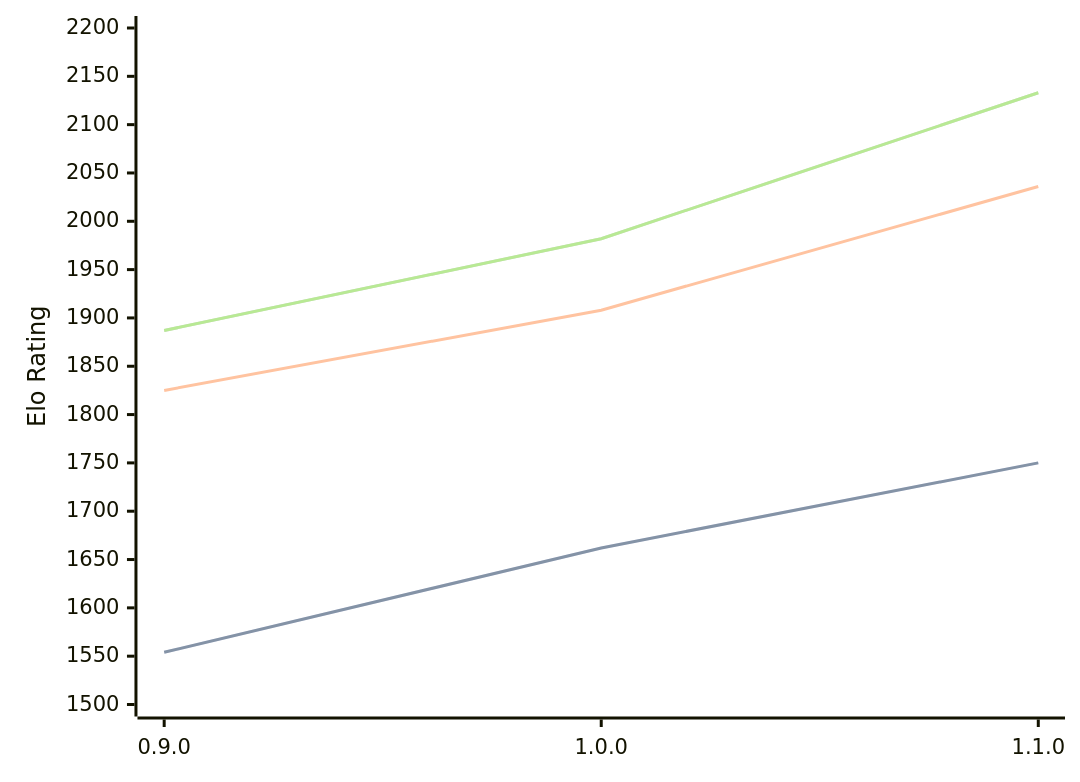
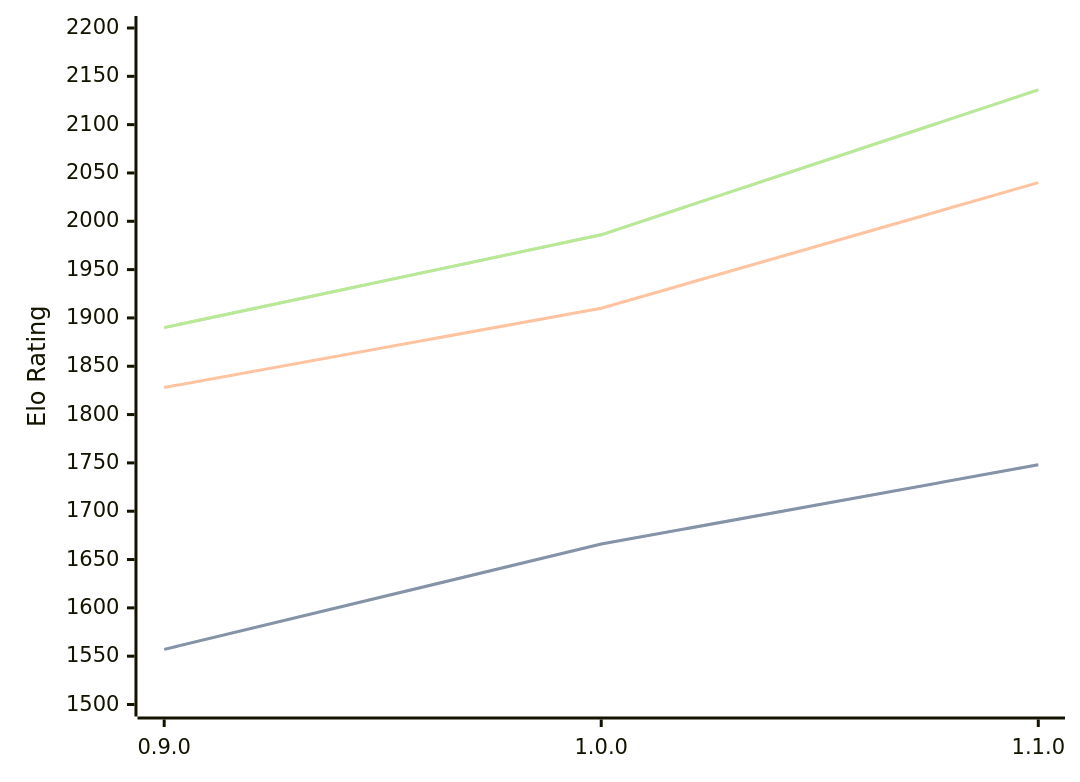
Before and after one commit to computer-chess-index/cci: the diagram in engines/Ratsu.md, drawn with Mermaid. The commit also changed other lines of this file, not shown here.

Commit message:
Update CCI Ratings (ELO VLTC) - 2026-04-30

````diff
--- a/engines/Ratsu.md
+++ b/engines/Ratsu.md
@@ -33,11 +33,11 @@
 ```mermaid
 %%{init: {"theme":"base","themeVariables":{"seriesColors:['#a3a3a3','#222221','#faa371']}}}%%
 xychart-beta
   x-axis ["0.9.0", "1.0.0", "1.1.0"]
   y-axis "Elo Rating" 1500 --> 2200
-  line "STC (8.0+0.08s)" [1554, 1662, 1750]
-  line "STC (8.0+0.08s)" [1554, 1662, 1750]
-  line "LTC (60.0+0.60s)" [1825, 1908, 2036]
-  line "VLTC (2m24s+1.12s)" [1887, 1982, 2133]
-  line "VLTC (2m24s+1.12s)" [1887, 1982, 2133]
+  line "STC (8.0+0.08s)" [1557, 1666, 1748]
+  line "STC (8.0+0.08s)" [1557, 1666, 1748]
+  line "LTC (60.0+0.60s)" [1828, 1910, 2040]
+  line "VLTC (2m24s+1.12s)" [1890, 1986, 2136]
+  line "VLTC (2m24s+1.12s)" [1890, 1986, 2136]
 ```
````
